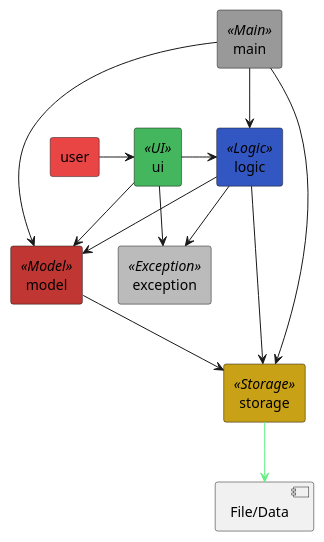
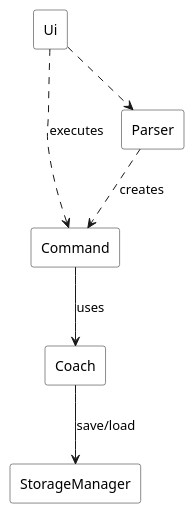
The diagram in docs/diagrams/architecture.puml (AY2526S1-CS2113-W14-1/tp), drawn with PlantUML before and after one commit. The commit also changed 1 other file, not shown here.

```diff
--- a/docs/diagrams/architecture.puml
+++ b/docs/diagrams/architecture.puml
@@ -1,33 +1,23 @@
 @startuml
+' Minimal Architecture Diagram: Command and interactions
 skinparam rectangle {
-  BackgroundColor<<UI>> #44b65d
-  BackgroundColor<<Logic>> #3357c2
-  BackgroundColor<<Model>> #c03632
-  BackgroundColor<<Storage>> #c8a117
-  BackgroundColor<<Main>> #999999
-  BackgroundColor<<Exception>> #bbbbbb
+  BackgroundColor Command #3357c2
+  BackgroundColor Parser #44b65d
+  BackgroundColor Ui #44b65d
+  BackgroundColor Coach #c03632
+  BackgroundColor StorageManager #c8a117
 }
 
-rectangle "user" as user #ea4545
-rectangle "ui" <<UI>> as ui
-rectangle "logic" <<Logic>> as logic
-rectangle "model" <<Model>> as model
-rectangle "storage" <<Storage>> as storage
-rectangle "main" <<Main>> as main
-rectangle "exception" <<Exception>> as exception
+rectangle "Command" as Command
+rectangle "Parser" as Parser
+rectangle "Ui" as Ui
+rectangle "Coach" as Coach
+rectangle "StorageManager" as StorageManager
 
-' Layout: main at top, ui/logic/model/exception in middle, storage at bottom, user at left
-main -down-> logic
-main -down-> model
-main -down-> storage
-user -right-> ui
-ui -right-> logic
-logic -down-> model
-ui -down-> model
-model -down-> storage
-logic -right-> storage
-logic -right-> exception
-ui -down-> exception
-storage -down-> [File/Data] #63ef7f
+Parser ..> Command : creates
+Ui ..> Command : executes
+Command --> Coach : uses
+Coach --> StorageManager : save/load
+Ui ..> Parser
 
 @enduml
```
